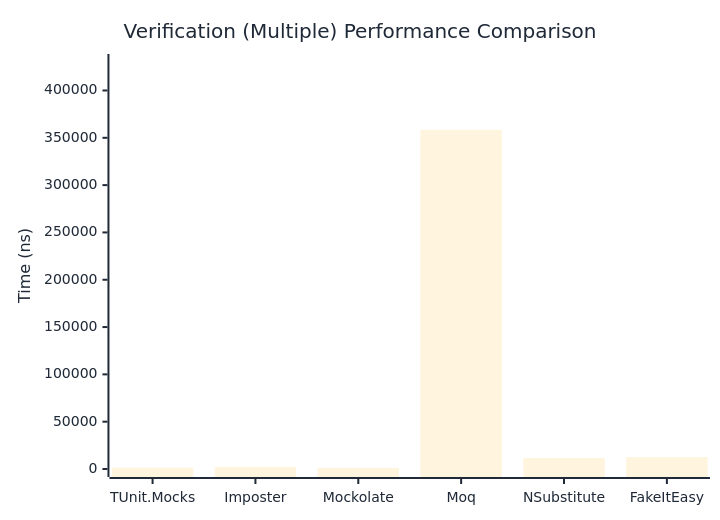
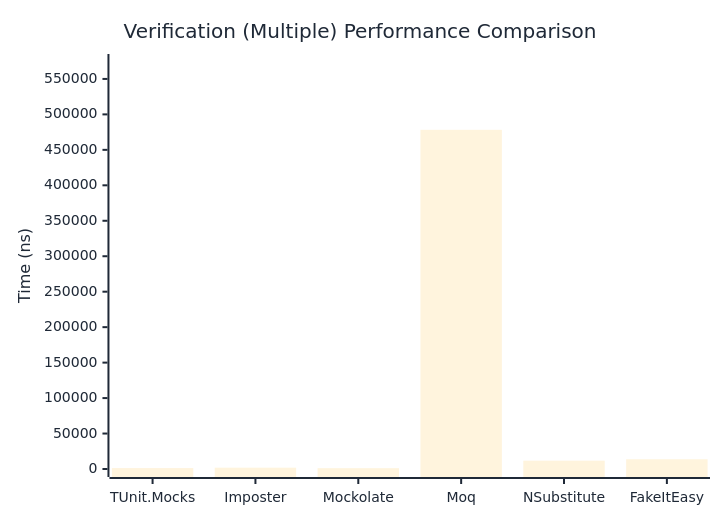
The third of 3 diagrams in docs/docs/benchmarks/mocks/Verification.md (thomhurst/TUnit), drawn with Mermaid before and after one commit. The commit also changed other lines of this file and 14 other files, not shown here.

````diff
--- a/docs/docs/benchmarks/mocks/Verification.md
+++ b/docs/docs/benchmarks/mocks/Verification.md
@@ -112,27 +112,27 @@
 ```mermaid
 %%{init: {
   'theme':'base',
   'themeVariables': {
     'primaryColor': '#2563eb',
     'primaryTextColor': '#1f2937',
     'primaryBorderColor': '#1e40af',
     'lineColor': '#6b7280',
     'secondaryColor': '#7c3aed',
     'tertiaryColor': '#dc2626',
     'background': '#ffffff',
     'pie1': '#2563eb',
     'pie2': '#7c3aed',
     'pie3': '#dc2626',
     'pie4': '#f59e0b',
     'pie5': '#10b981',
     'pie6': '#06b6d4',
     'pie7': '#ec4899',
     'pie8': '#6366f1'
   }
 }}%%
 xychart-beta
   title "Verification (Multiple) Performance Comparison"
   x-axis ["TUnit.Mocks", "Imposter", "Mockolate", "Moq", "NSubstitute", "FakeItEasy"]
-  y-axis "Time (ns)" 0 --> 430107
-  bar [1411.02, 2045.41, 1276.17, 358422.27, 11586.55, 12499.89]
+  y-axis "Time (ns)" 0 --> 573866
+  bar [1302.91, 1868.83, 1169.26, 478220.92, 11755.17, 13742.62]
 ```
````
